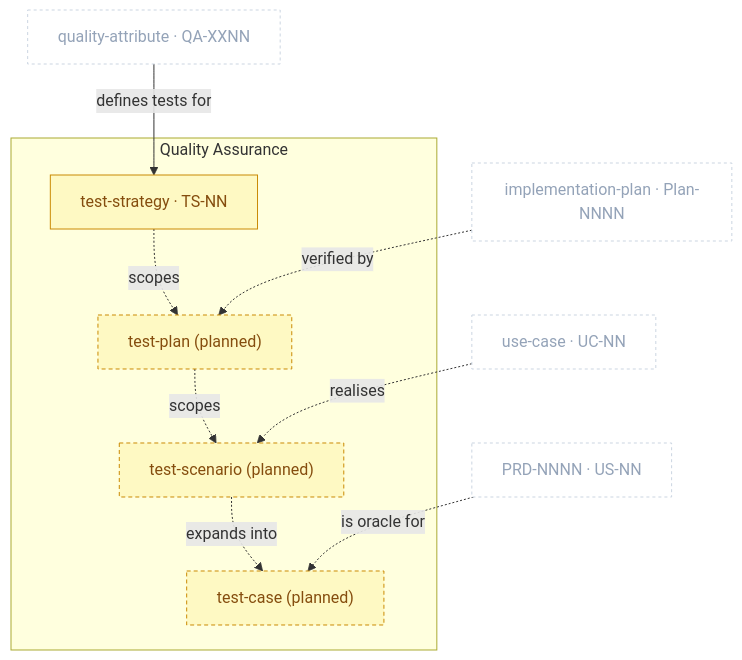
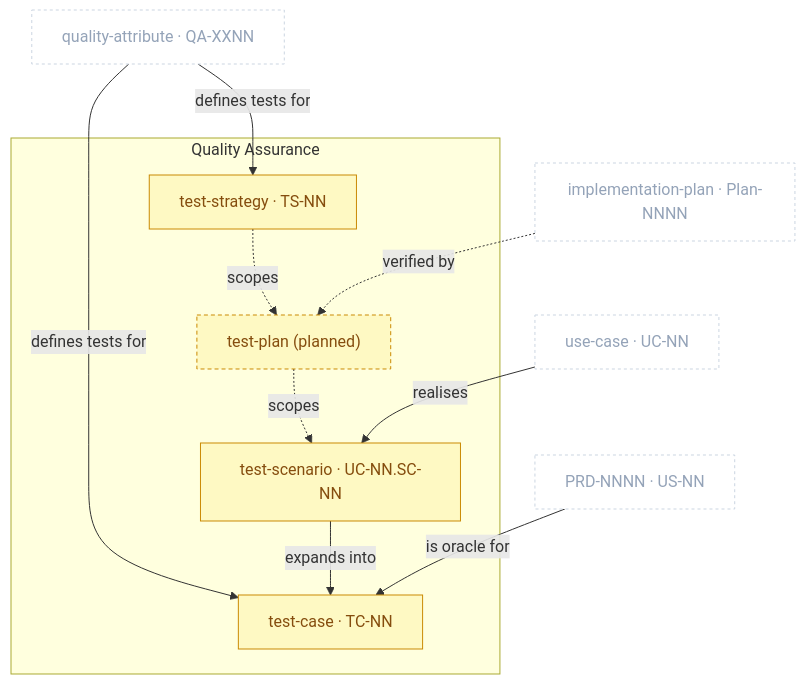
The diagram in docs/metamodel/packages/quality-assurance.md (VictorHueni/clew), drawn with Mermaid before and after one commit. The commit also changed other lines of this file and 3 other files, not shown here.

First line of the commit message:
docs(quality-assurance): flip test_scenario/test_case from planned to active

````diff
--- a/docs/metamodel/packages/quality-assurance.md
+++ b/docs/metamodel/packages/quality-assurance.md
@@ -26,26 +27,27 @@
 ```mermaid
 flowchart TD
     classDef qa      fill:#FEF9C3,stroke:#CA8A04,color:#854D0E
     classDef planned fill:#FEF9C3,stroke:#CA8A04,color:#854D0E,stroke-dasharray:4 3
     classDef ext     fill:#ffffff,stroke:#cbd5e1,color:#94a3b8,stroke-dasharray:3 3
 
     QAT["quality-attribute · QA-XXNN"]:::ext
     UC["use-case · UC-NN"]:::ext
     PRD["PRD-NNNN · US-NN"]:::ext
     PLAN["implementation-plan · Plan-NNNN"]:::ext
 
     subgraph QA["Quality Assurance"]
         TS["test-strategy · TS-NN"]:::qa
-        TSC["test-scenario (planned)"]:::planned
-        TC["test-case (planned)"]:::planned
+        TSC["test-scenario · UC-NN.SC-NN"]:::qa
+        TC["test-case · TC-NN"]:::qa
         TP["test-plan (planned)"]:::planned
     end
 
     TS -.->|"scopes"| TP
     TP -.->|"scopes"| TSC
     QAT -->|"defines tests for"| TS
-    UC -.->|"realises"| TSC
-    TSC -.->|"expands into"| TC
-    PRD -.->|"is oracle for"| TC
+    QAT -->|"defines tests for"| TC
+    UC -->|"realises"| TSC
+    TSC -->|"expands into"| TC
+    PRD -->|"is oracle for"| TC
     PLAN -.->|"verified by"| TP
 ```
````
